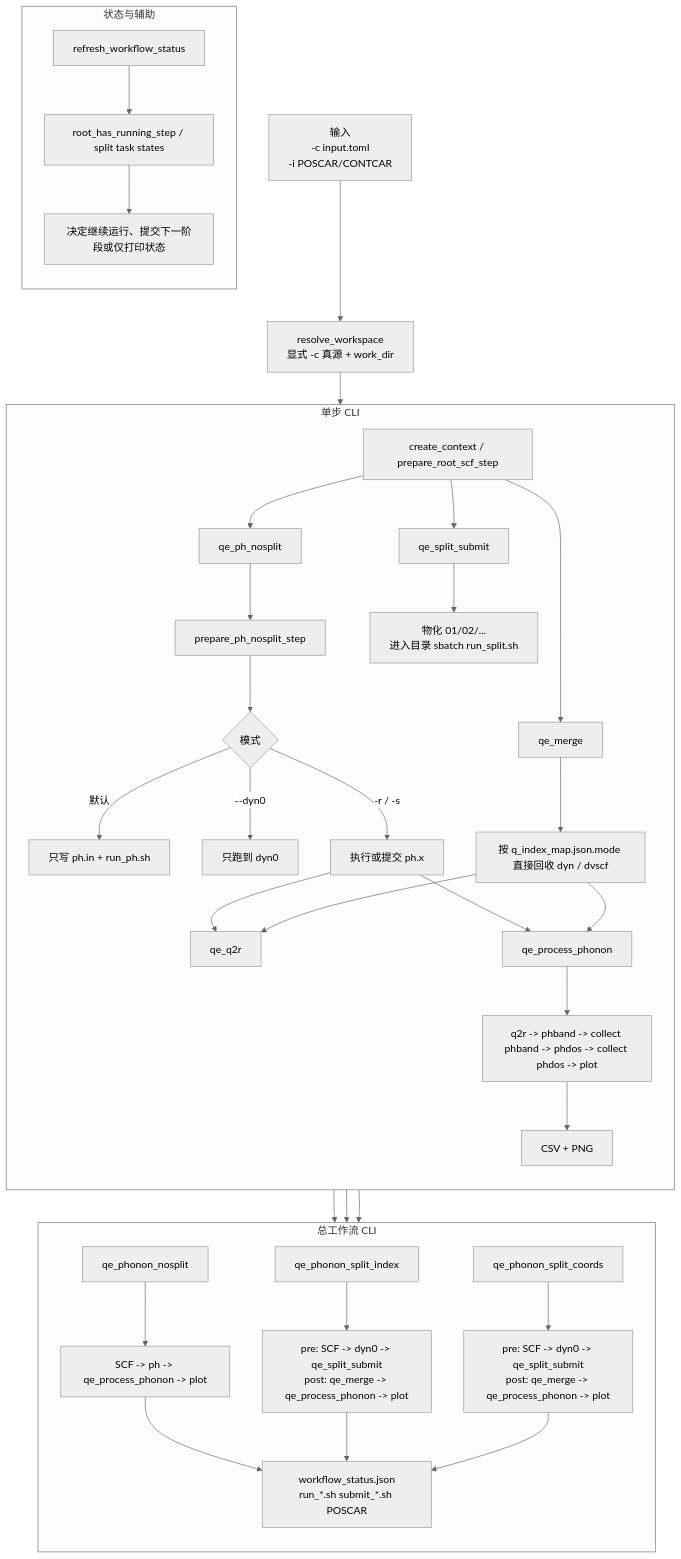
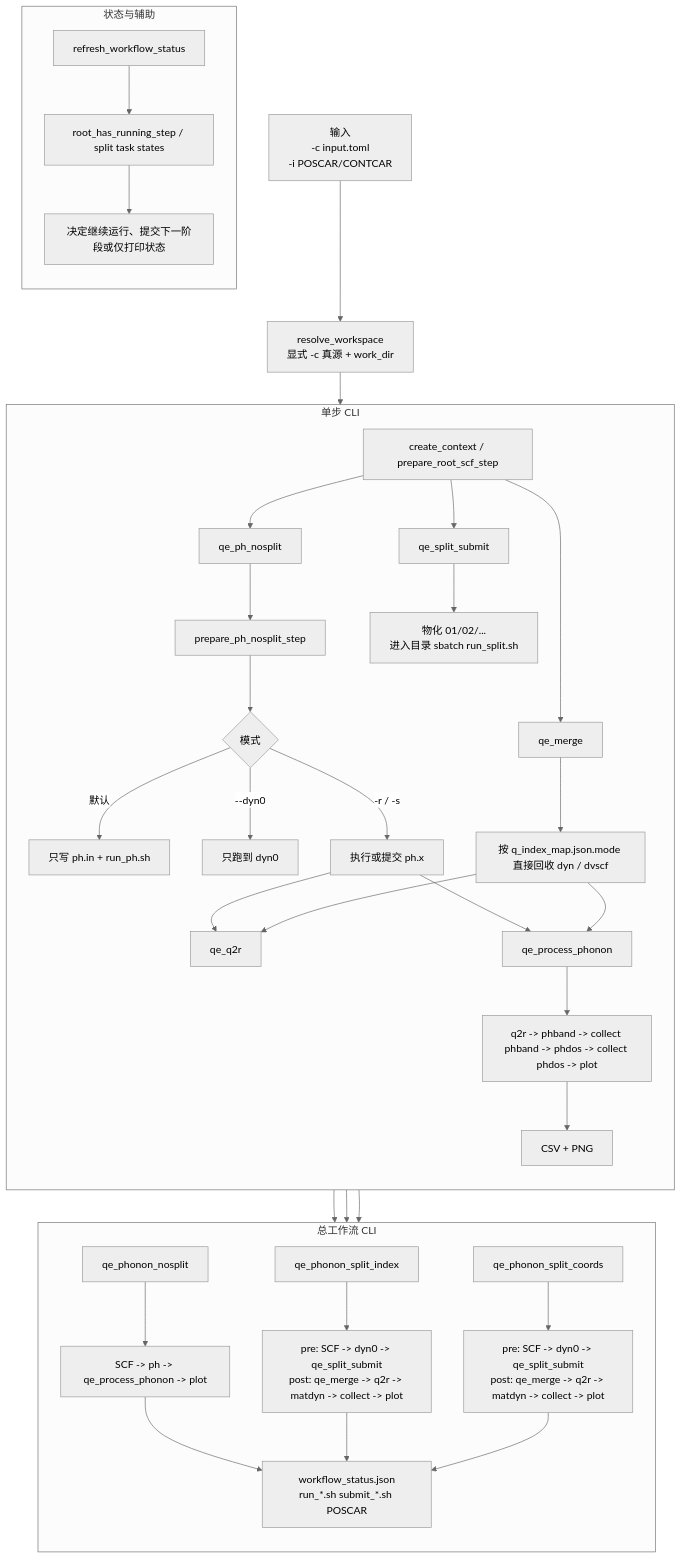
One commit to JLU-ICCMS-MaYuan/dftflow changed the diagram in qeflow/phonon/phonon-cli-flow.mmd. Above: the diagram before and after it, drawn with Mermaid (neutral theme). The commit also changed 11 other files, not shown here.

Commit message:
[2026-05-20 21:25:20] 功能：修复 qe_merge 当前目录解析并收敛 split 脚本编号

```diff
--- a/qeflow/phonon/phonon-cli-flow.mmd
+++ b/qeflow/phonon/phonon-cli-flow.mmd
@@ -1,46 +1,46 @@
 flowchart TD
     A["输入<br/>-c input.toml<br/>-i POSCAR/CONTCAR"] --> B["resolve_workspace<br/>显式 -c 真源 + work_dir"]
     B --> C["create_context / prepare_root_scf_step"]
 
     subgraph P0["单步 CLI"]
         direction TD
         C --> P1["qe_ph_nosplit"]
         P1 --> P1A["prepare_ph_nosplit_step"]
         P1A --> P1B{"模式"}
         P1B -->|默认| P1C["只写 ph.in + run_ph.sh"]
         P1B -->| --dyn0 | P1D["只跑到 dyn0"]
         P1B -->| -r / -s | P1E["执行或提交 ph.x"]
 
         C --> P4["qe_merge"]
         P4 --> P4A["按 q_index_map.json.mode 直接回收 dyn / dvscf"]
         C --> P4B["qe_split_submit"]
         P4B --> P4C["物化 01/02/...<br/>进入目录 sbatch run_split.sh"]
 
         P1E --> P5["qe_q2r"]
         P4A --> P5
         P1E --> P6["qe_process_phonon"]
         P4A --> P6
         P6 --> P6A["q2r -> phband -> collect phband -> phdos -> collect phdos -> plot"]
         P6A --> P6B["CSV + PNG"]
     end
 
     subgraph P8["总工作流 CLI"]
         direction TD
         C --> W1["qe_phonon_nosplit"]
         C --> W2["qe_phonon_split_index"]
         C --> W3["qe_phonon_split_coords"]
 
         W1 --> W1A["SCF -> ph -> qe_process_phonon -> plot"]
-        W2 --> W2A["pre: SCF -> dyn0 -> qe_split_submit<br/>post: qe_merge -> qe_process_phonon -> plot"]
-        W3 --> W3A["pre: SCF -> dyn0 -> qe_split_submit<br/>post: qe_merge -> qe_process_phonon -> plot"]
+        W2 --> W2A["pre: SCF -> dyn0 -> qe_split_submit<br/>post: qe_merge -> q2r -> matdyn -> collect -> plot"]
+        W3 --> W3A["pre: SCF -> dyn0 -> qe_split_submit<br/>post: qe_merge -> q2r -> matdyn -> collect -> plot"]
 
         W1A --> WS["workflow_status.json<br/>run_*.sh submit_*.sh POSCAR"]
         W2A --> WS
         W3A --> WS
     end
 
     subgraph P9["状态与辅助"]
         direction TD
         H1["refresh_workflow_status"] --> H2["root_has_running_step / split task states"]
         H2 --> H3["决定继续运行、提交下一阶段或仅打印状态"]
     end
```
